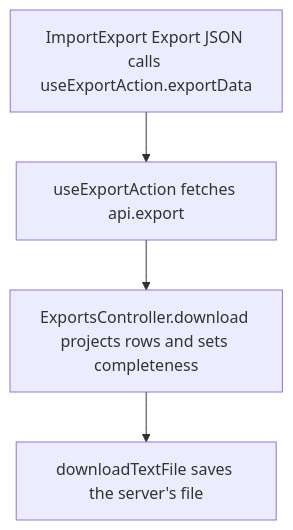
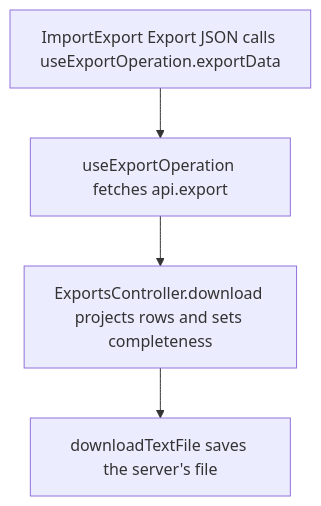
One commit to Kevinjohn/capacitylens changed the second of 2 diagrams in user-stories/data/US-DAT-01-export-json.md. Above: the diagram before and after it, drawn with Mermaid. The commit also changed other lines of this file and 50 other files, not shown here.

First line of the commit message:
Action to operation: rename non-store action hooks and components

````diff
--- a/user-stories/data/US-DAT-01-export-json.md
+++ b/user-stories/data/US-DAT-01-export-json.md
@@ -28,6 +28,6 @@
 ```mermaid
 flowchart TD
-  button["ImportExport Export JSON calls useExportAction.exportData"] --> fetch["useExportAction fetches api.export"]
+  button["ImportExport Export JSON calls useExportOperation.exportData"] --> fetch["useExportOperation fetches api.export"]
   fetch --> route["ExportsController.download projects rows and sets completeness"]
   route --> file["downloadTextFile saves the server's file"]
 ```
````
